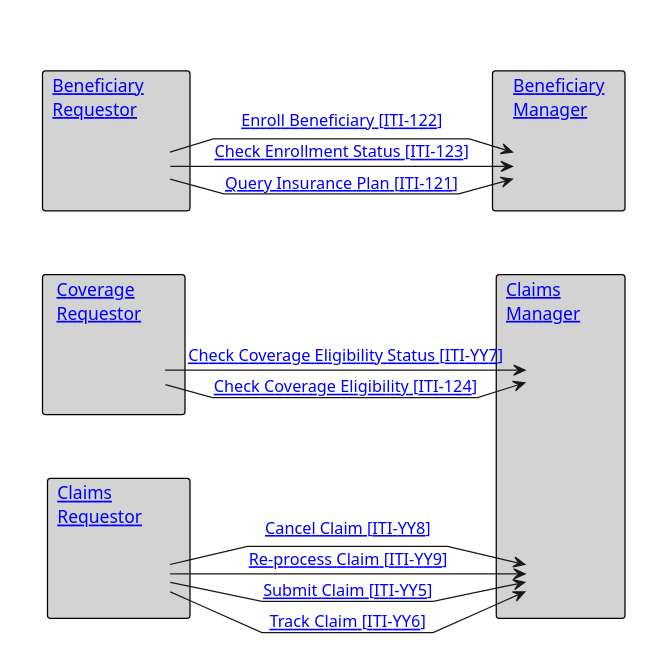
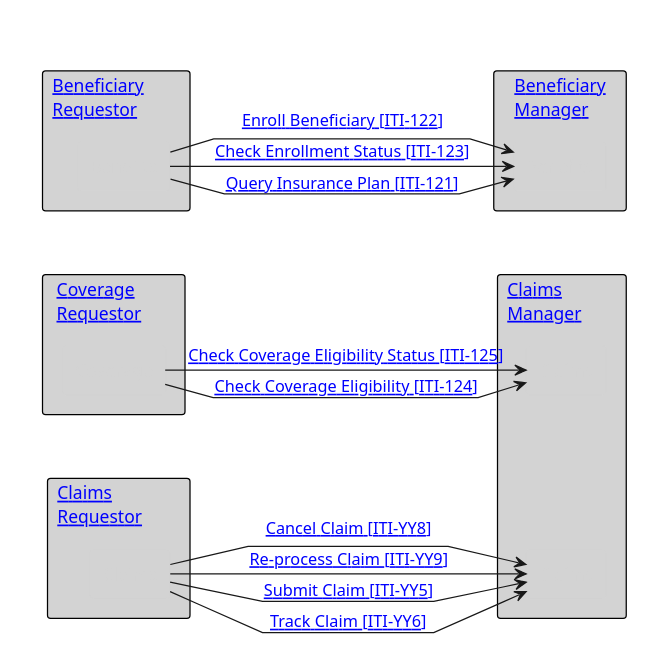
Before and after one commit to IHE/ITI.Finance: the diagram in input/images-source/ActorsAndTransactions.plantuml, drawn with PlantUML. The commit also changed 14 other files, not shown here.

```diff
--- a/input/images-source/ActorsAndTransactions.plantuml
+++ b/input/images-source/ActorsAndTransactions.plantuml
@@ -1,59 +1,59 @@
 @startuml
 skinparam package {
   BorderColor transparent
   BackgroundColor transparent
   Shadowing false
 }
 skinparam rectangle {
   BorderColor black
   BackgroundColor lightgrey
   Shadowing false
   FontStyle normal
 }
 skinparam agent {
   BorderColor lightgrey
   BackgroundColor lightgrey
   FontColor lightgrey
   Shadowing false
 }
 
 hide footbox
 'skinparam svgDimensionStyle false
 skinparam linetype polyline
 package "  "  {
   rectangle "[[#beneficiary-requestor Beneficiary        \nRequestor]]" as br {
     agent "Benefits" as BenReq
   }
   rectangle "[[#coverage-requestor Coverage        \nRequestor]]" as cr {
     agent "Coverage" as CovReq
   }
   rectangle "[[#claims-requestor Claims               \nRequestor]]" as cl {
     agent "Claims" as ClaimReq
   }
 }
 
 package " "  {
   rectangle "[[#beneficiary-manager Beneficiary\nManager]]" as Ben {
     agent "Benefits" as BenMan
   }
   rectangle "[[#claims-manager Claims            \nManager]]" as ClaimMan {
     agent "Claims" as ClaimMan1
     agent "Claims" as ClaimMan2
   }
 }
 BenReq -> BenMan : "[[ITI-121.html Query Insurance Plan &#91;ITI-121&#93;]]"
 BenReq -> BenMan : "[[ITI-122.html Enroll Beneficiary &#91;ITI-122&#93;]]"
 BenReq -> BenMan : "[[ITI-123.html Check Enrollment Status &#91;ITI-123&#93;]]"
 BenReq -[hidden]-> CovReq: ""
 CovReq -[hidden]-> ClaimReq: ""
 BenMan -[hidden]-> ClaimMan1: ""
 ClaimMan1 -[hidden]-> ClaimMan2: ""
 CovReq -> ClaimMan1 : "[[ITI-124.html Check Coverage Eligibility &#91;ITI-124&#93;]]"
-CovReq -> ClaimMan1 : "[[ITI-YY7.html Check Coverage Eligibility Status &#91;ITI-YY7&#93;]]"
+CovReq -> ClaimMan1 : "[[ITI-125.html Check Coverage Eligibility Status &#91;ITI-125&#93;]]"
 ClaimReq -> ClaimMan2 : "[[ITI-YY5.html Submit Claim &#91;ITI-YY5&#93;]]"
 ClaimReq -> ClaimMan2 : "[[ITI-YY8.html Cancel Claim &#91;ITI-YY8&#93;]]"
 ClaimReq -> ClaimMan2 : "[[ITI-YY9.html Re-process Claim &#91;ITI-YY9&#93;]]"
 ClaimReq -> ClaimMan2 : "[[ITI-YY6.html Track Claim &#91;ITI-YY6&#93;]]"
 
 
 @endum
```
